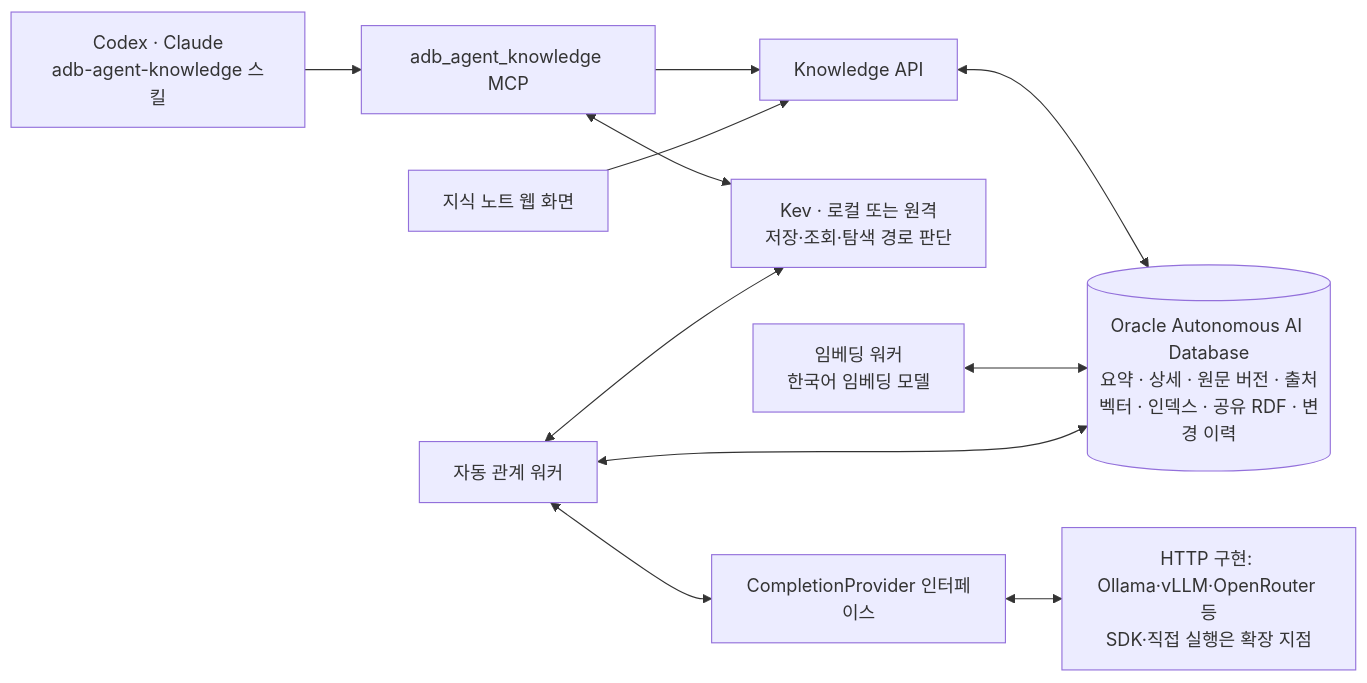
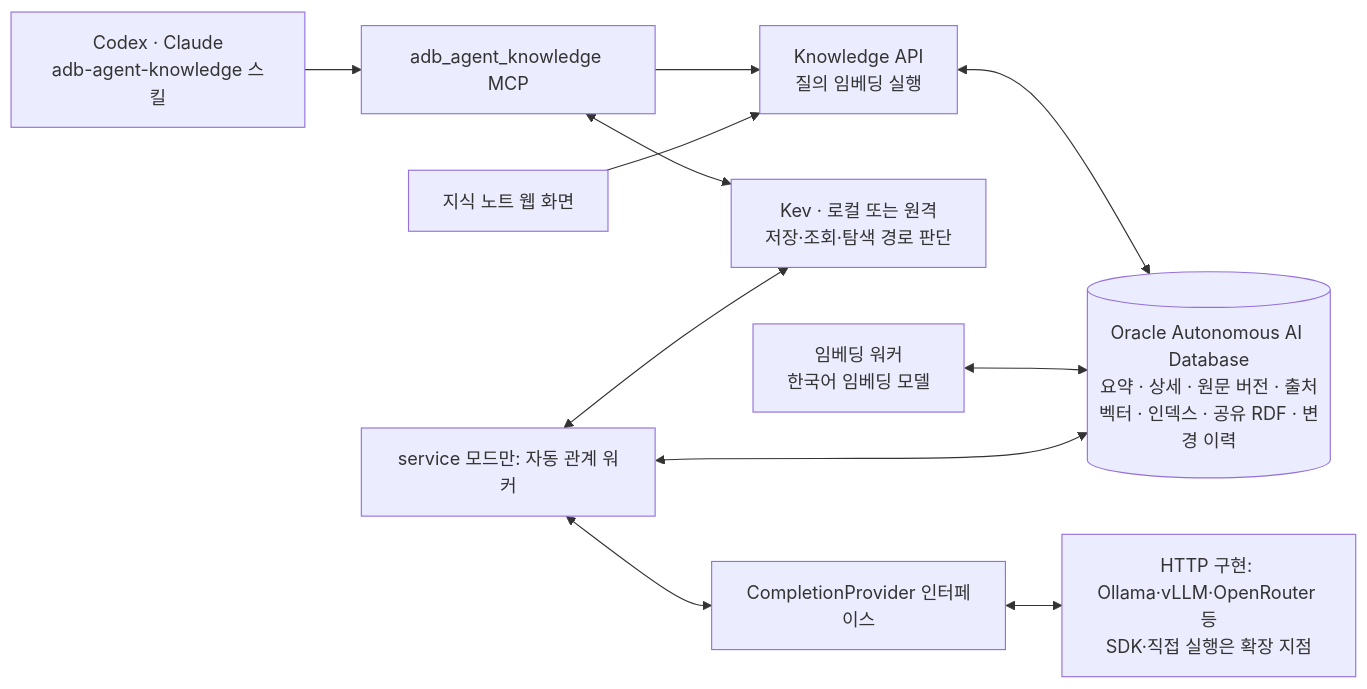
Before and after one commit to devmrko/adb-agent-knowledge: the first of 5 diagrams in docs/guides/storage-retrieval-flow.md, drawn with Mermaid. The commit also changed other lines of this file and 10 other files, not shown here.

````diff
--- a/docs/guides/storage-retrieval-flow.md
+++ b/docs/guides/storage-retrieval-flow.md
@@ -12,13 +12,13 @@
 ```mermaid
 flowchart LR
     Agent["Codex · Claude<br/>adb-agent-knowledge 스킬"] --> MCP["adb_agent_knowledge MCP"]
-    MCP --> API["Knowledge API"]
+    MCP --> API["Knowledge API<br/>질의 임베딩 실행"]
     UI["지식 노트 웹 화면"] --> API
     MCP <--> Kev["Kev · 로컬 또는 원격<br/>저장·조회·탐색 경로 판단"]
     API <--> DB[("Oracle Autonomous AI Database<br/>요약 · 상세 · 원문 버전 · 출처<br/>벡터 · 인덱스 · 공유 RDF · 변경 이력")]
     Worker["임베딩 워커<br/>한국어 임베딩 모델"] <--> DB
-    GraphWorker["자동 관계 워커"] <--> DB
+    GraphWorker["service 모드만: 자동 관계 워커"] <--> DB
     GraphWorker <--> Kev
     GraphWorker <--> Port["CompletionProvider 인터페이스"]
     Port <--> LLM["HTTP 구현: Ollama·vLLM·OpenRouter 등<br/>SDK·직접 실행은 확장 지점"]
 ```
````
